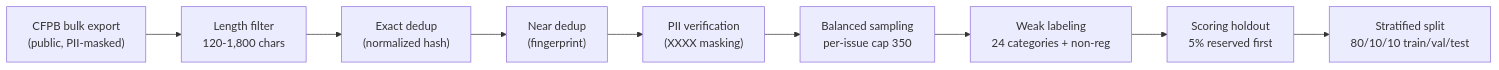
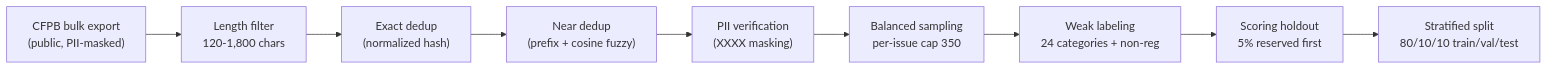
The diagram in docs/complaint_model/00_data_profile.md (zabahana/reg-agents), drawn with Mermaid before and after one commit. The commit also changed other lines of this file and 39 other files, not shown here.

First line of the commit message:
Leakage audit for the stage-1 regulatory classifier: cosine fuzzy dedup (v3 data) + leakage-free evaluation slice

````diff
--- a/docs/complaint_model/00_data_profile.md
+++ b/docs/complaint_model/00_data_profile.md
@@ -7,20 +7,20 @@
 ```mermaid
 flowchart LR
     A["CFPB bulk export
 (public, PII-masked)"] --> B["Length filter
 120-1,800 chars"]
     B --> C["Exact dedup
 (normalized hash)"]
     C --> D["Near dedup
-(fingerprint)"]
+(prefix + cosine fuzzy)"]
     D --> E["PII verification
 (XXXX masking)"]
     E --> F["Balanced sampling
 per-issue cap 350"]
     F --> G["Weak labeling
 24 categories + non-reg"]
     G --> H["Scoring holdout
 5% reserved first"]
     H --> I["Stratified split
 80/10/10 train/val/test"]
 ```
````
